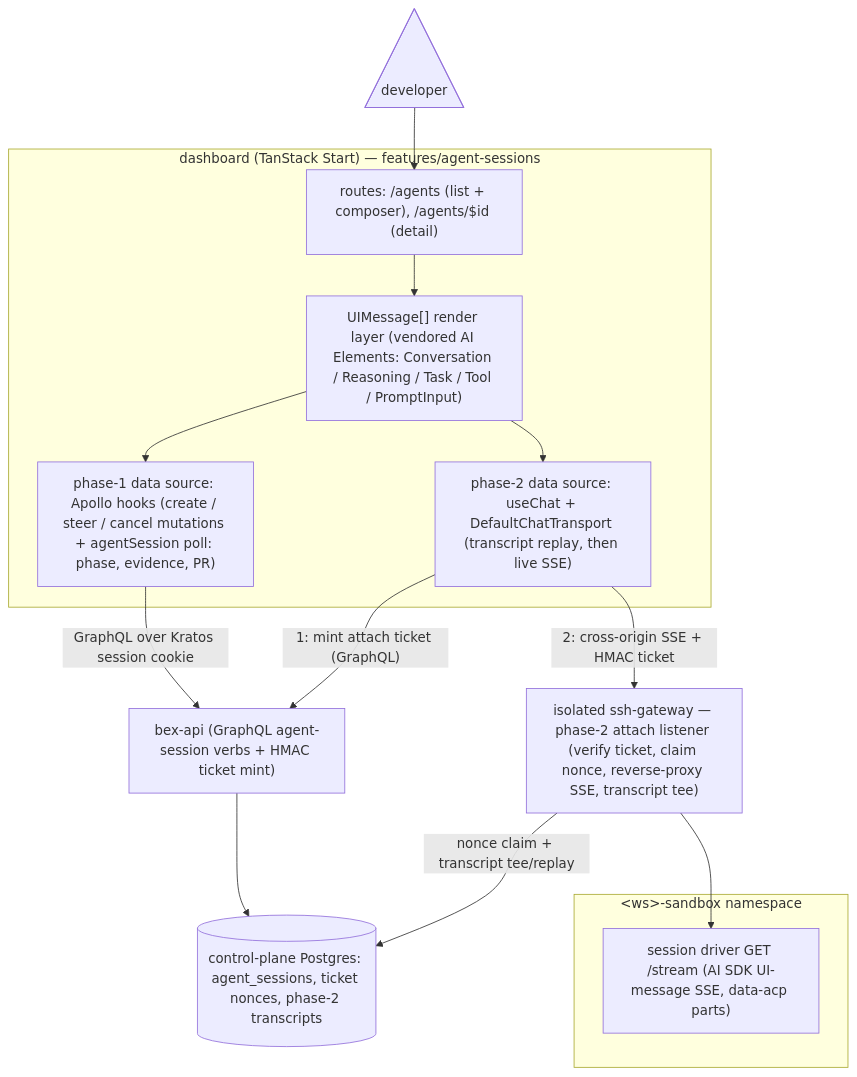
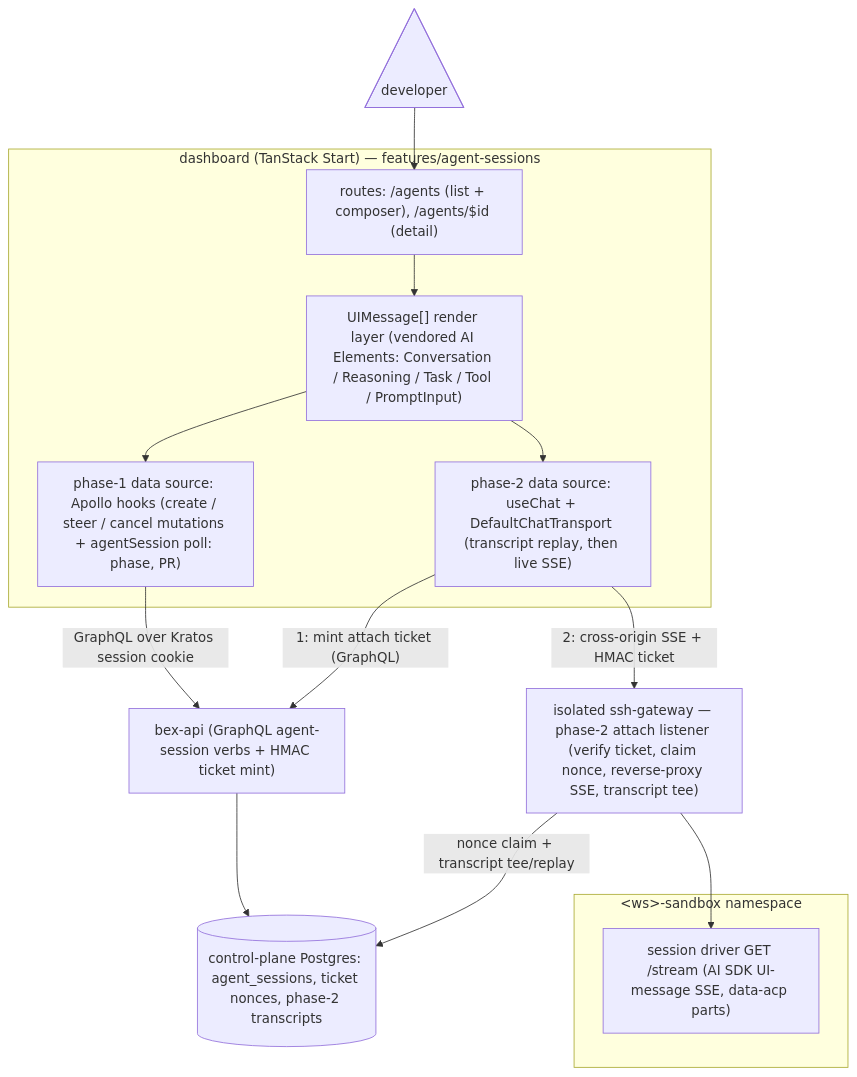
Before and after one commit to bex-co/bex: the second of 2 diagrams in docs/ADR047-cloud-coding-agent-sessions.md, drawn with Mermaid. The commit also changed other lines of this file and 144 other files, not shown here.

````diff
--- a/docs/ADR047-cloud-coding-agent-sessions.md
+++ b/docs/ADR047-cloud-coding-agent-sessions.md
@@ -197,30 +200,30 @@
 ```mermaid
 flowchart TB
   dev@{ shape: tri, label: "developer" }
 
   subgraph dash["dashboard (TanStack Start) — features/agent-sessions"]
     routes["routes: /agents (list + composer), /agents/$id (detail)"]
     render["UIMessage[] render layer (vendored AI Elements: Conversation / Reasoning / Task / Tool / PromptInput)"]
-    poll["phase-1 data source: Apollo hooks (create / steer / cancel mutations + agentSession poll: phase, evidence, PR)"]
+    poll["phase-1 data source: Apollo hooks (create / steer / cancel mutations + agentSession poll: phase, PR)"]
     chat["phase-2 data source: useChat + DefaultChatTransport (transcript replay, then live SSE)"]
   end
 
   api["bex-api (GraphQL agent-session verbs + HMAC ticket mint)"]
   cpdb[("control-plane Postgres: agent_sessions, ticket nonces, phase-2 transcripts")]
   gw["isolated ssh-gateway — phase-2 attach listener (verify ticket, claim nonce, reverse-proxy SSE, transcript tee)"]
 
   subgraph sbns["&lt;ws&gt;-sandbox namespace"]
     driver["session driver GET /stream (AI SDK UI-message SSE, data-acp parts)"]
   end
 
   dev --> routes
   routes --> render
   render --> poll
   render --> chat
   poll -->|"GraphQL over Kratos session cookie"| api
   chat -->|"1: mint attach ticket (GraphQL)"| api
   chat -->|"2: cross-origin SSE + HMAC ticket"| gw
   api --> cpdb
   gw -->|"nonce claim + transcript tee/replay"| cpdb
   gw --> driver
 ```
````
